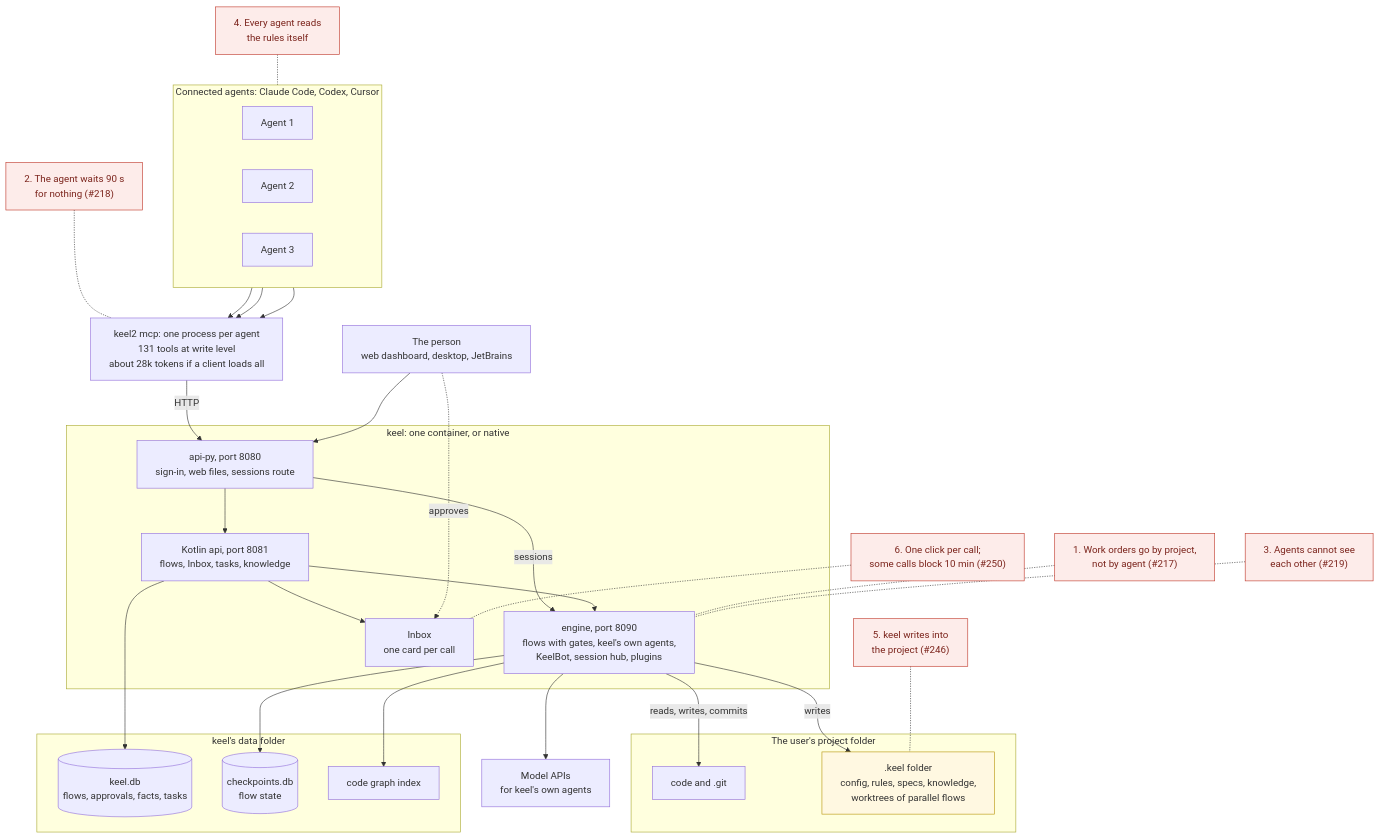
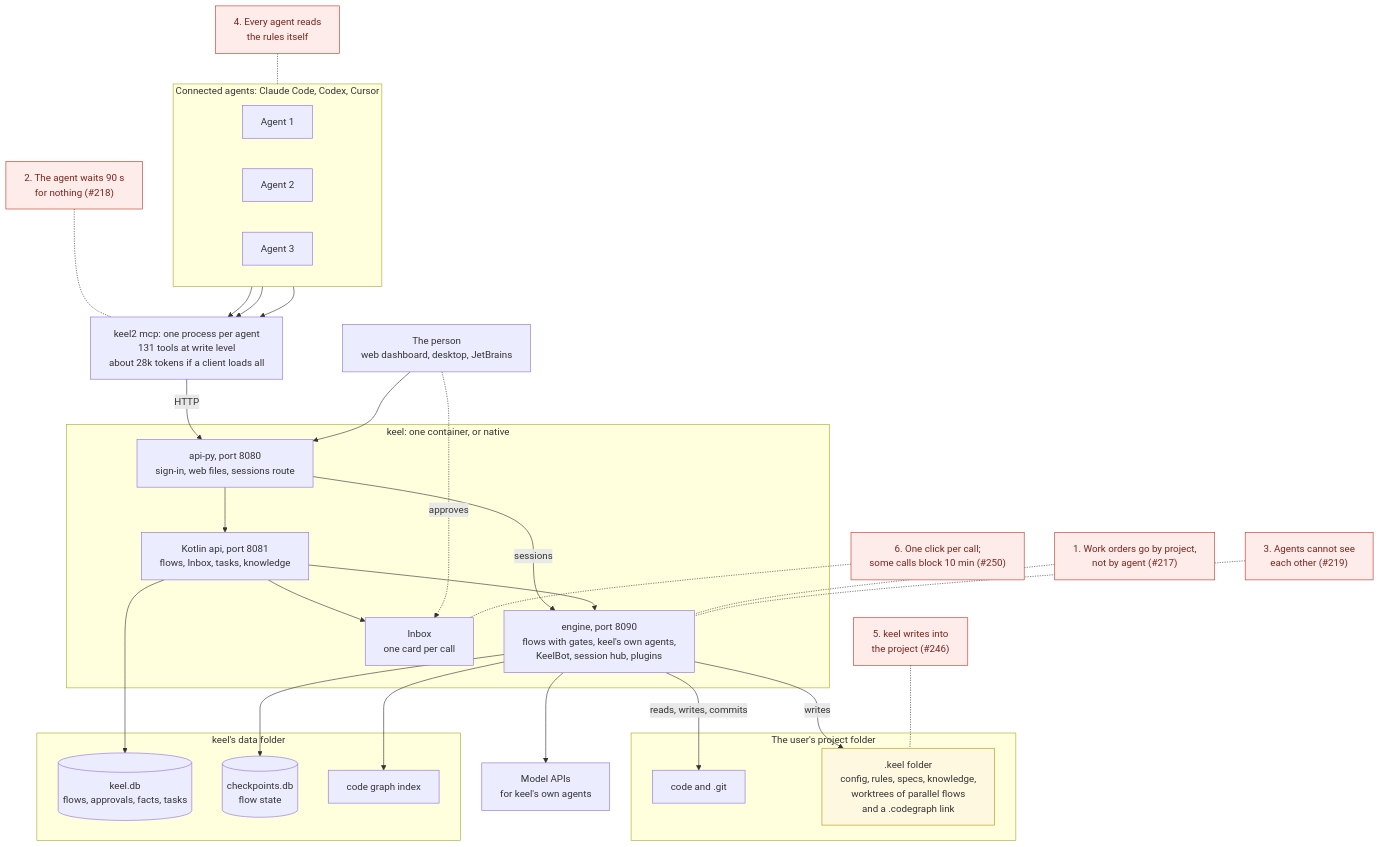
The first of 7 diagrams in docs/research/keel-feature-proposal.md (MiladNalbandi/keel-v2), drawn with Mermaid before and after one commit. The commit also changed other lines of this file and 13 other files, not shown here.

````diff
--- a/docs/research/keel-feature-proposal.md
+++ b/docs/research/keel-feature-proposal.md
@@ -56,70 +97,70 @@
 ```mermaid
 %%{init: {"flowchart": {"wrappingWidth": 320}}}%%
 flowchart TB
   PERSON["The person<br/>web dashboard, desktop, JetBrains"]
 
   subgraph AGENTS["Connected agents: Claude Code, Codex, Cursor"]
     direction LR
     A1["Agent 1"]
     A2["Agent 2"]
     A3["Agent 3"]
   end
 
   MCP["keel2 mcp: one process per agent<br/>131 tools at write level<br/>about 28k tokens if a client loads all"]
 
   subgraph KEEL["keel: one container, or native"]
     APIPY["api-py, port 8080<br/>sign-in, web files, sessions route"]
     KOTLIN["Kotlin api, port 8081<br/>flows, Inbox, tasks, knowledge"]
     ENGINE["engine, port 8090<br/>flows with gates, keel's own agents,<br/>KeelBot, session hub, plugins"]
     INBOX["Inbox<br/>one card per call"]
   end
 
   subgraph STORE["keel's data folder"]
     DB1[("keel.db<br/>flows, approvals, facts, tasks")]
     DB2[("checkpoints.db<br/>flow state")]
     INDEX["code graph index"]
   end
 
   subgraph PROJECT["The user's project folder"]
     CODE["code and .git"]
-    DOTKEEL[".keel folder<br/>config, rules, specs, knowledge,<br/>worktrees of parallel flows"]
+    DOTKEEL[".keel folder<br/>config, rules, specs, knowledge,<br/>worktrees of parallel flows<br/>and a .codegraph link"]
   end
 
   MODELS["Model APIs<br/>for keel's own agents"]
 
   A1 --> MCP
   A2 --> MCP
   A3 --> MCP
   MCP -->|"HTTP"| APIPY
   PERSON --> APIPY
   APIPY --> KOTLIN
   APIPY -->|"sessions"| ENGINE
   KOTLIN --> ENGINE
   KOTLIN --> INBOX
   PERSON -.->|"approves"| INBOX
   KOTLIN --> DB1
   ENGINE --> DB2
   ENGINE --> INDEX
   ENGINE -->|"reads, writes, commits"| CODE
   ENGINE -->|"writes"| DOTKEEL
   ENGINE --> MODELS
 
   P1["1. Work orders go by project,<br/>not by agent (#217)"]
   P2["2. The agent waits 90 s<br/>for nothing (#218)"]
   P3["3. Agents cannot see<br/>each other (#219)"]
   P4["4. Every agent reads<br/>the rules itself"]
   P5["5. keel writes into<br/>the project (#246)"]
   P6["6. One click per call;<br/>some calls block 10 min (#250)"]
 
   P1 -.- ENGINE
   P2 -.- MCP
   P3 -.- ENGINE
   P4 -.- AGENTS
   P5 -.- DOTKEEL
   P6 -.- INBOX
 
   classDef pain fill:#fdecea,stroke:#c0392b,color:#7b241c
   class P1,P2,P3,P4,P5,P6 pain
   classDef project fill:#fff8e1,stroke:#b7950b
   class DOTKEEL project
 ```
````
